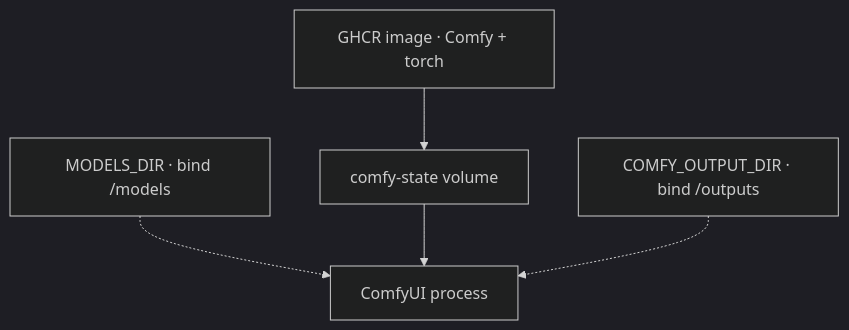
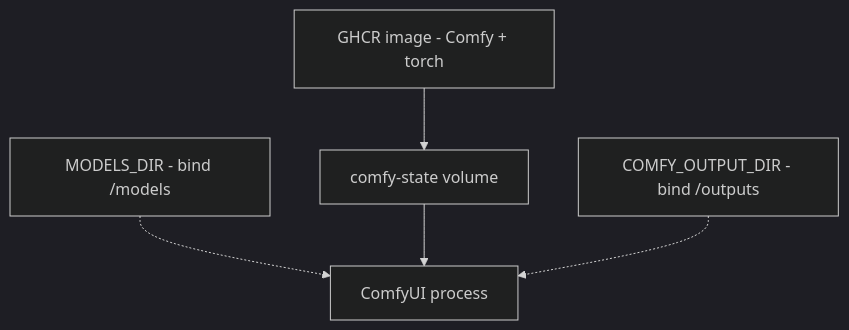
The third of 5 diagrams in docs/learn/hardware.mdx (toxicoder/ez-comfy-stack), drawn with Mermaid (dark theme) before and after one commit. The commit also changed other lines of this file and 1894 other files, not shown here.

````diff
--- a/docs/learn/hardware.mdx
+++ b/docs/learn/hardware.mdx
@@ -91,7 +91,7 @@
 ```mermaid
 flowchart TB
-  Image["GHCR image · Comfy + torch"] --> Vol["comfy-state volume"]
-  Weights["MODELS_DIR · bind /models"] -.-> Comfy["ComfyUI process"]
+  Image["GHCR image - Comfy + torch"] --> Vol["comfy-state volume"]
+  Weights["MODELS_DIR - bind /models"] -.-> Comfy["ComfyUI process"]
   Vol --> Comfy
-  Out["COMFY_OUTPUT_DIR · bind /outputs"] -.-> Comfy
+  Out["COMFY_OUTPUT_DIR - bind /outputs"] -.-> Comfy
 ```
````
